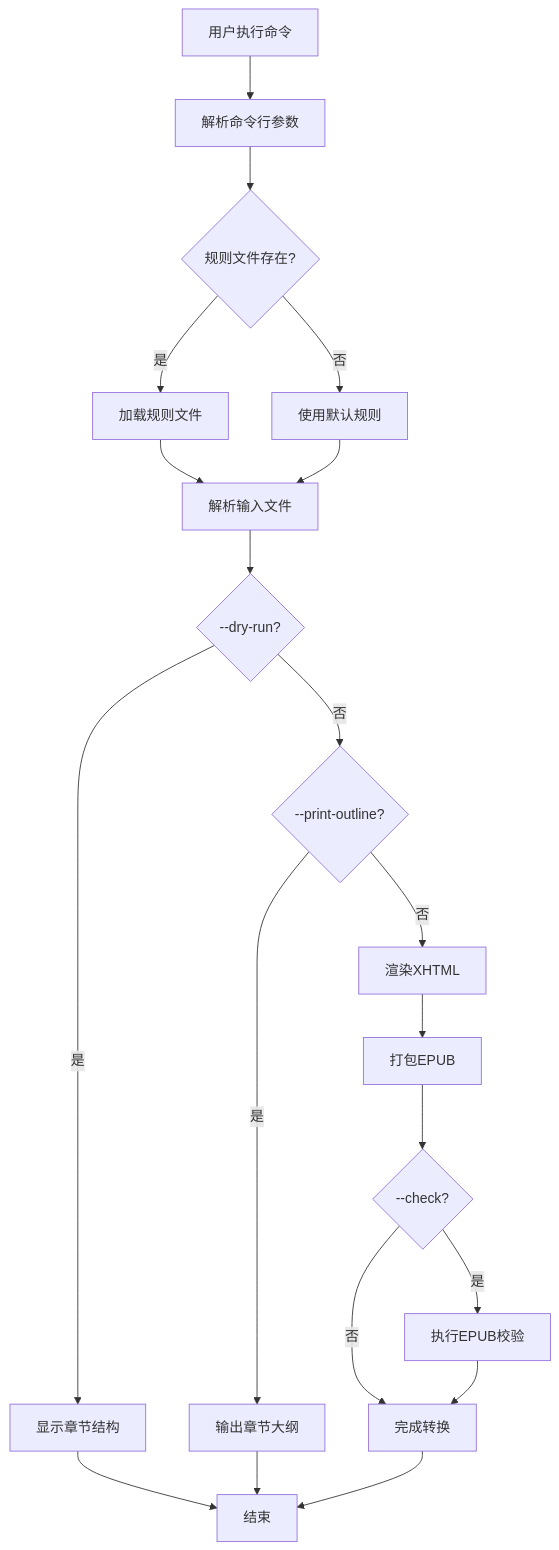
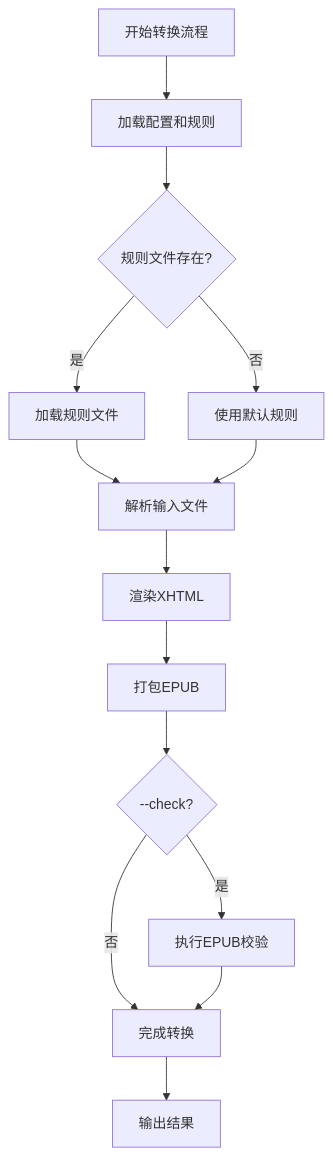
The third of 6 diagrams in docs/architecture/data-flow.md (shukang11/epub-smith), drawn with Mermaid before and after one commit. The commit also changed other lines of this file and 14 other files, not shown here.

````diff
--- a/docs/architecture/data-flow.md
+++ b/docs/architecture/data-flow.md
@@ -38,22 +84,16 @@
 ```mermaid
 flowchart TD
-    A[用户执行命令] --> B[解析命令行参数]
+    A[开始转换流程] --> B[加载配置和规则]
     B --> C{规则文件存在?}
     C -->|是| D[加载规则文件]
     C -->|否| E[使用默认规则]
     D --> F[解析输入文件]
     E --> F
-    F --> G{--dry-run?}
-    G -->|是| H[显示章节结构]
-    G -->|否| I{--print-outline?}
-    I -->|是| J[输出章节大纲]
-    I -->|否| K[渲染XHTML]
-    K --> L[打包EPUB]
-    L --> M{--check?}
-    M -->|是| N[执行EPUB校验]
-    M -->|否| O[完成转换]
-    N --> O
-    H --> P[结束]
-    J --> P
-    O --> P
+    F --> G[渲染XHTML]
+    G --> H[打包EPUB]
+    H --> I{--check?}
+    I -->|是| J[执行EPUB校验]
+    I -->|否| K[完成转换]
+    J --> K
+    K --> L[输出结果]
 ```
````
